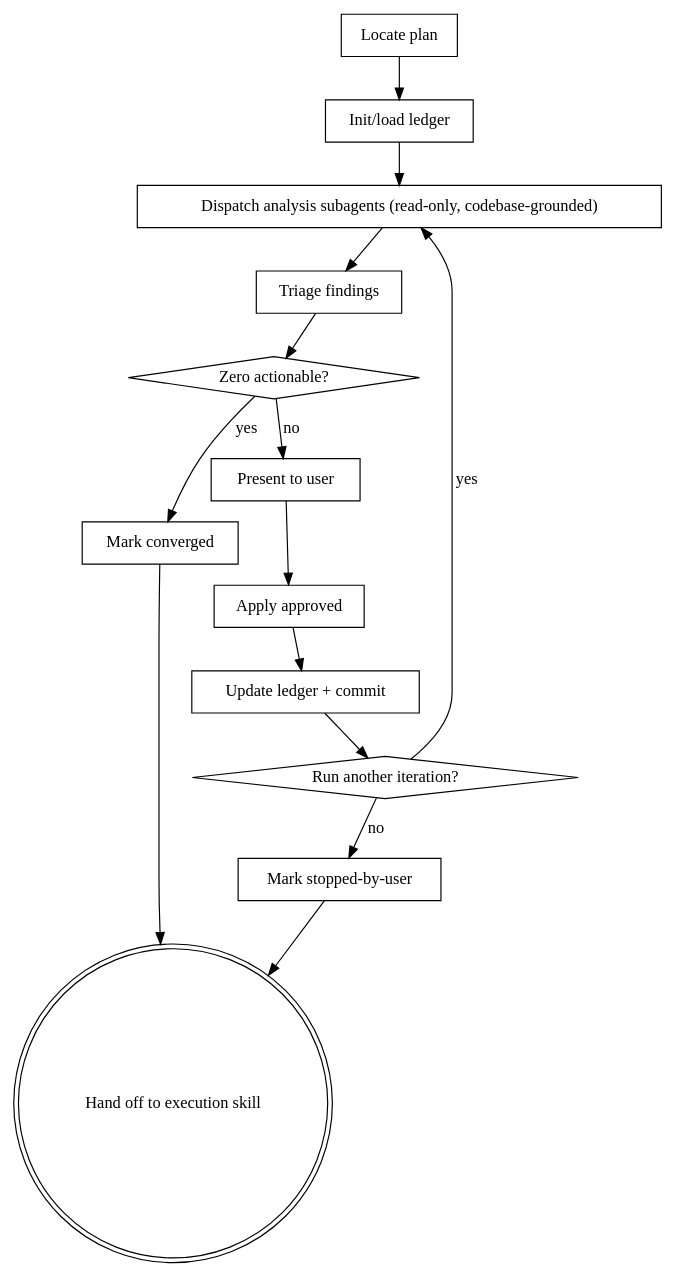
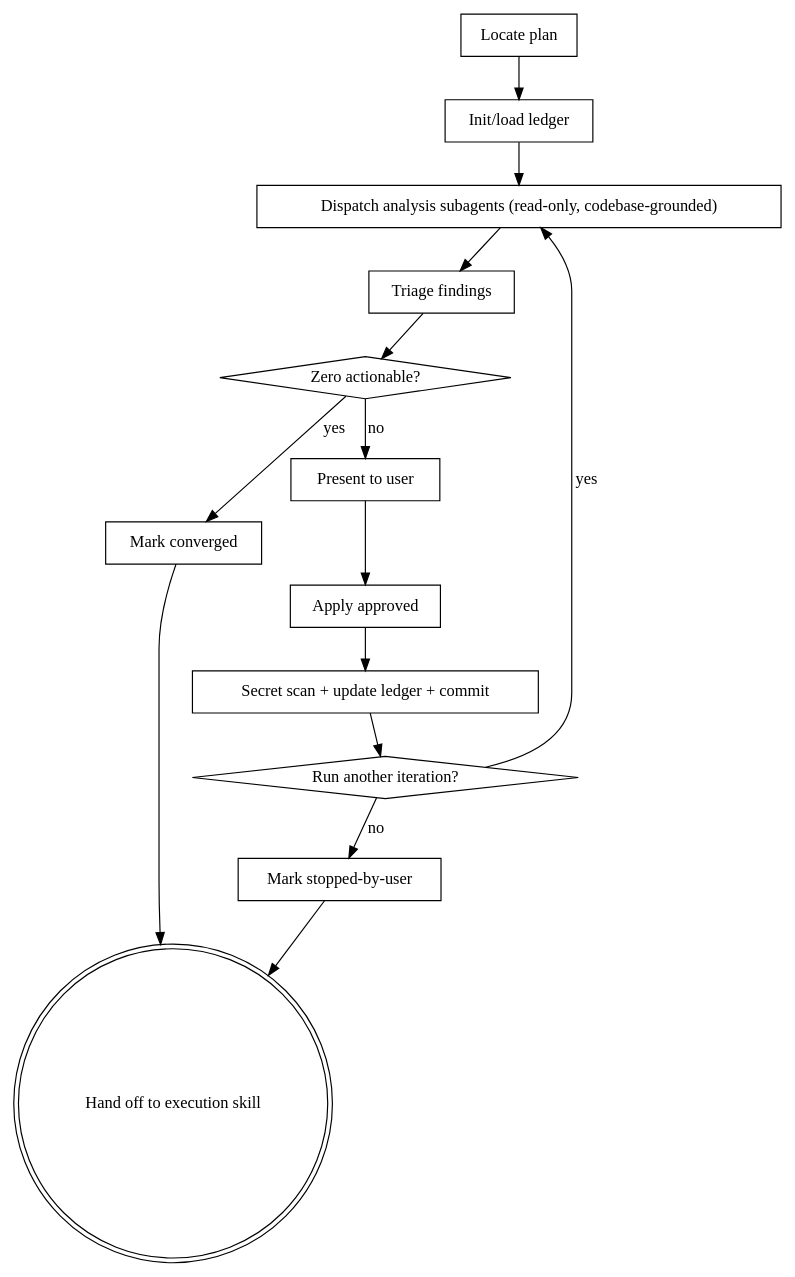
One commit to b3belov/superpowers changed the diagram in skills/hardening-plans/SKILL.md. Above: the diagram before and after it, drawn with Graphviz. The commit also changed other lines of this file and 6 other files, not shown here.

````diff
--- a/skills/hardening-plans/SKILL.md
+++ b/skills/hardening-plans/SKILL.md
@@ -35,30 +48,30 @@
 ```dot
 digraph hardening {
     "Locate plan" [shape=box];
     "Init/load ledger" [shape=box];
     "Dispatch analysis subagents (read-only, codebase-grounded)" [shape=box];
     "Triage findings" [shape=box];
     "Zero actionable?" [shape=diamond];
     "Mark converged" [shape=box];
     "Present to user" [shape=box];
     "Apply approved" [shape=box];
-    "Update ledger + commit" [shape=box];
+    "Secret scan + update ledger + commit" [shape=box];
     "Run another iteration?" [shape=diamond];
     "Mark stopped-by-user" [shape=box];
     "Hand off to execution skill" [shape=doublecircle];
 
     "Locate plan" -> "Init/load ledger";
     "Init/load ledger" -> "Dispatch analysis subagents (read-only, codebase-grounded)";
     "Dispatch analysis subagents (read-only, codebase-grounded)" -> "Triage findings";
     "Triage findings" -> "Zero actionable?";
     "Zero actionable?" -> "Mark converged" [label="yes"];
     "Zero actionable?" -> "Present to user" [label="no"];
     "Present to user" -> "Apply approved";
-    "Apply approved" -> "Update ledger + commit";
-    "Update ledger + commit" -> "Run another iteration?";
+    "Apply approved" -> "Secret scan + update ledger + commit";
+    "Secret scan + update ledger + commit" -> "Run another iteration?";
     "Run another iteration?" -> "Dispatch analysis subagents (read-only, codebase-grounded)" [label="yes"];
     "Run another iteration?" -> "Mark stopped-by-user" [label="no"];
     "Mark converged" -> "Hand off to execution skill";
     "Mark stopped-by-user" -> "Hand off to execution skill";
 }
 ```
````
